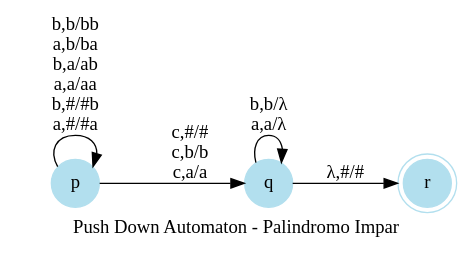
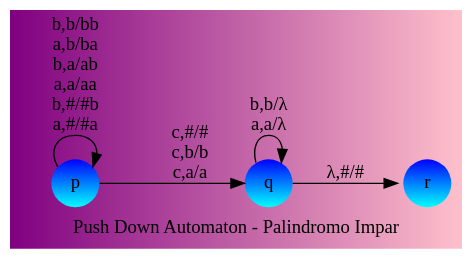
The diagram in pda.gv (camilolaiton/Graphic-Pushdown-Automaton), drawn with Graphviz before and after one commit. The commit also changed 3 other files, not shown here.

```diff
--- a/pda.gv
+++ b/pda.gv
@@ -1,23 +1,25 @@
 digraph pushDownAutomaton {
-	node [color=lightblue2 shape=circle style=filled]
+	bgcolor="purple:pink"
+	node [color="blue:cyan" gradientangle=270 shape=circle style=filled]
+	node [color="blue:cyan" gradientangle=270 shape=doublecircle style=filled]
 	label="Push Down Automaton - Palindromo Impar"
-	rankdir=LR size=10
+	rankdir=LR size=8
 	node [shape=doublecircle]
 	r
 	node [shape=circle]
 	p -> p [label="b,b/bb 
 a,b/ba 
 b,a/ab 
 a,a/aa 
 b,#/#b 
 a,#/#a 
 "]
 	p -> q [label="c,#/# 
 c,b/b 
 c,a/a 
 "]
 	q -> q [label="b,b/λ 
 a,a/λ 
 "]
 	q -> r [label="λ,#/#"]
 }
```
